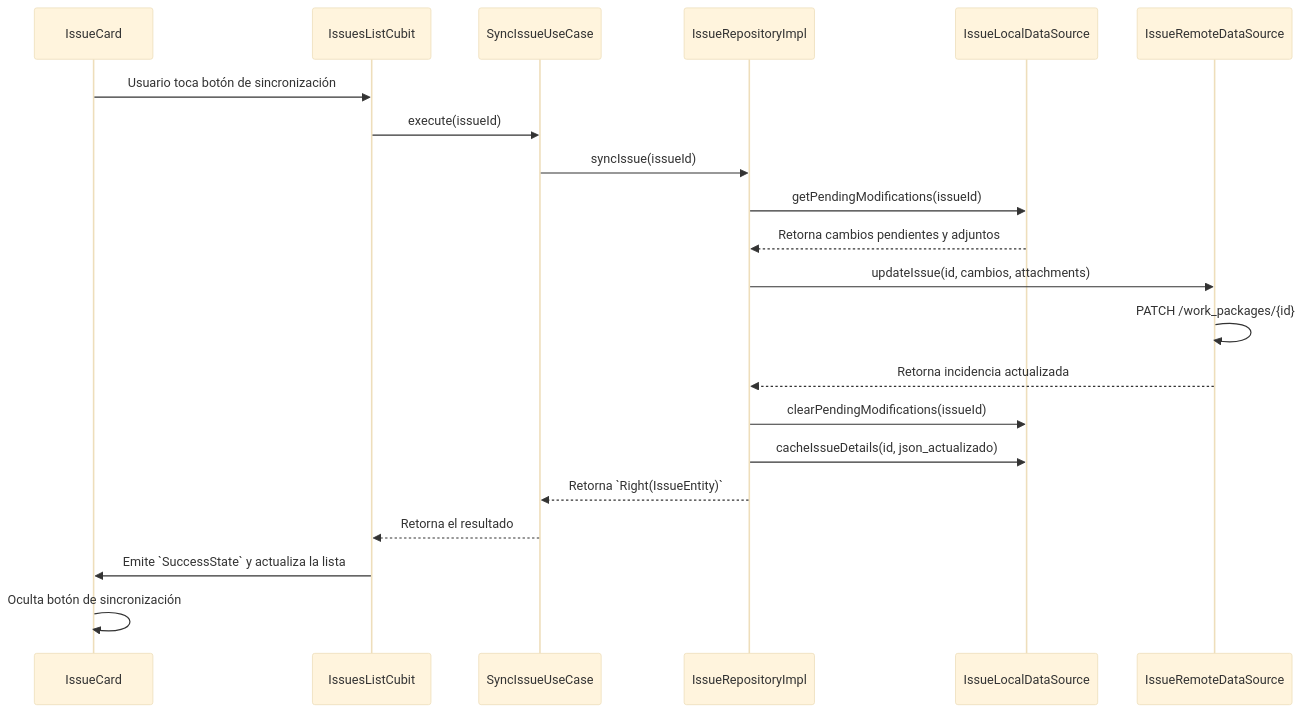
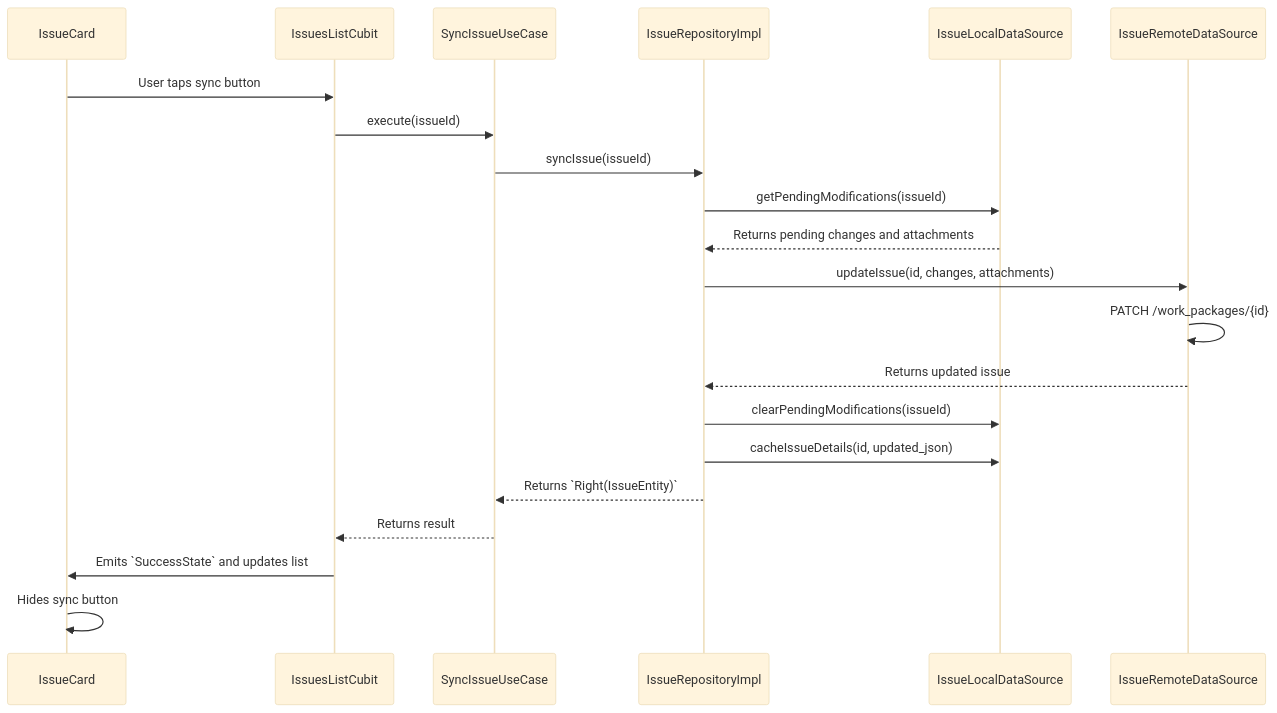
One commit to danibeni/SIREN_APP changed the ninth of 9 diagrams in docs/SIREN_PROJECT_OVERVIEW.md. Above: the diagram before and after it, drawn with Mermaid (base theme). The commit also changed other lines of this file and 4 other files, not shown here.

````diff
--- a/docs/SIREN_PROJECT_OVERVIEW.md
+++ b/docs/SIREN_PROJECT_OVERVIEW.md
@@ -412,28 +412,28 @@
 ```mermaid
 sequenceDiagram
     participant UI as IssueCard
     participant Cubit as IssuesListCubit
     participant UC as SyncIssueUseCase
     participant Repo as IssueRepositoryImpl
     participant LocalDS as IssueLocalDataSource
     participant RemoteDS as IssueRemoteDataSource
 
-    UI->>Cubit: Usuario toca botón de sincronización
+    UI->>Cubit: User taps sync button
     Cubit->>UC: execute(issueId)
     UC->>Repo: syncIssue(issueId)
     
     Repo->>LocalDS: getPendingModifications(issueId)
-    LocalDS-->>Repo: Retorna cambios pendientes y adjuntos
+    LocalDS-->>Repo: Returns pending changes and attachments
     
-    Repo->>RemoteDS: updateIssue(id, cambios, attachments)
+    Repo->>RemoteDS: updateIssue(id, changes, attachments)
     RemoteDS->>RemoteDS: PATCH /work_packages/{id}
-    RemoteDS-->>Repo: Retorna incidencia actualizada
+    RemoteDS-->>Repo: Returns updated issue
     
     Repo->>LocalDS: clearPendingModifications(issueId)
-    Repo->>LocalDS: cacheIssueDetails(id, json_actualizado)
-    Repo-->>UC: Retorna `Right(IssueEntity)`
+    Repo->>LocalDS: cacheIssueDetails(id, updated_json)
+    Repo-->>UC: Returns `Right(IssueEntity)`
     
-    UC-->>Cubit: Retorna el resultado
-    Cubit->>UI: Emite `SuccessState` y actualiza la lista
-    UI->>UI: Oculta botón de sincronización
+    UC-->>Cubit: Returns result
+    Cubit->>UI: Emits `SuccessState` and updates list
+    UI->>UI: Hides sync button
 ```
````
